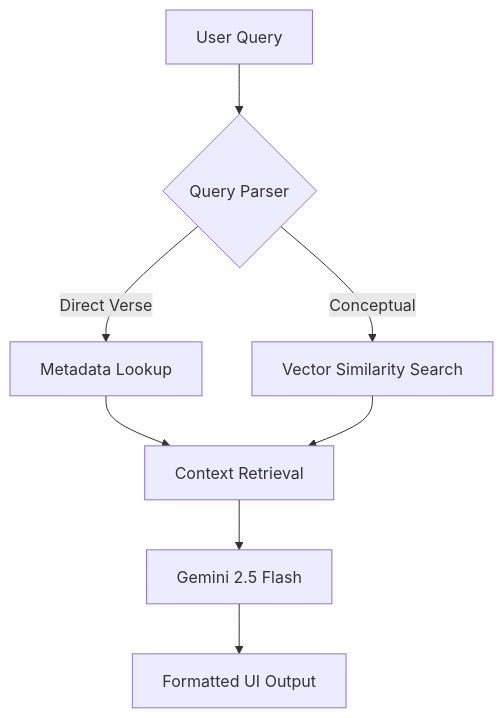
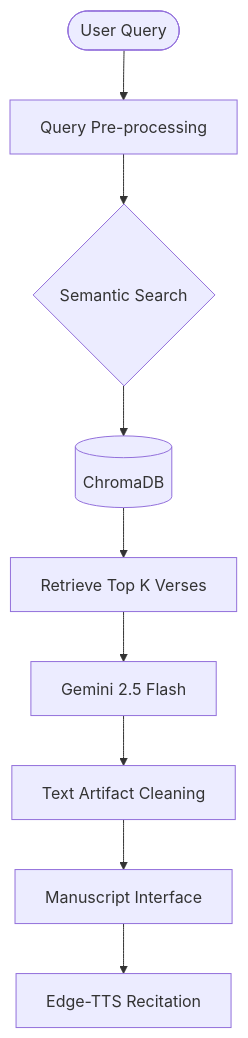
Before and after one commit to SwastikCr7g/Gyan-Bharatam: the diagram in README.md, drawn with Mermaid. The commit also changed other lines of this file and 2 other files, not shown here.

````diff
--- a/README.md
+++ b/README.md
@@ -37,10 +18,11 @@
 ```mermaid
 graph TD
-    A[User Query] --> B{Query Parser}
-    B -- "Direct Verse" --> C[Metadata Lookup]
-    B -- "Conceptual" --> D[Vector Similarity Search]
-    C --> E[Context Retrieval]
-    D --> E
-    E --> F[Gemini 2.5 Flash]
-    F --> G[Formatted UI Output] 
+    User([User Query]) --> Pre[Query Pre-processing]
+    Pre --> Search{Semantic Search}
+    Search --> DB[(ChromaDB)]
+    DB --> Context[Retrieve Top K Verses]
+    Context --> LLM[Gemini 2.5 Flash]
+    LLM --> Clean[Text Artifact Cleaning]
+    Clean --> UI[Manuscript Interface]
+    UI --> Audio[Edge-TTS Recitation]
 ```
````
